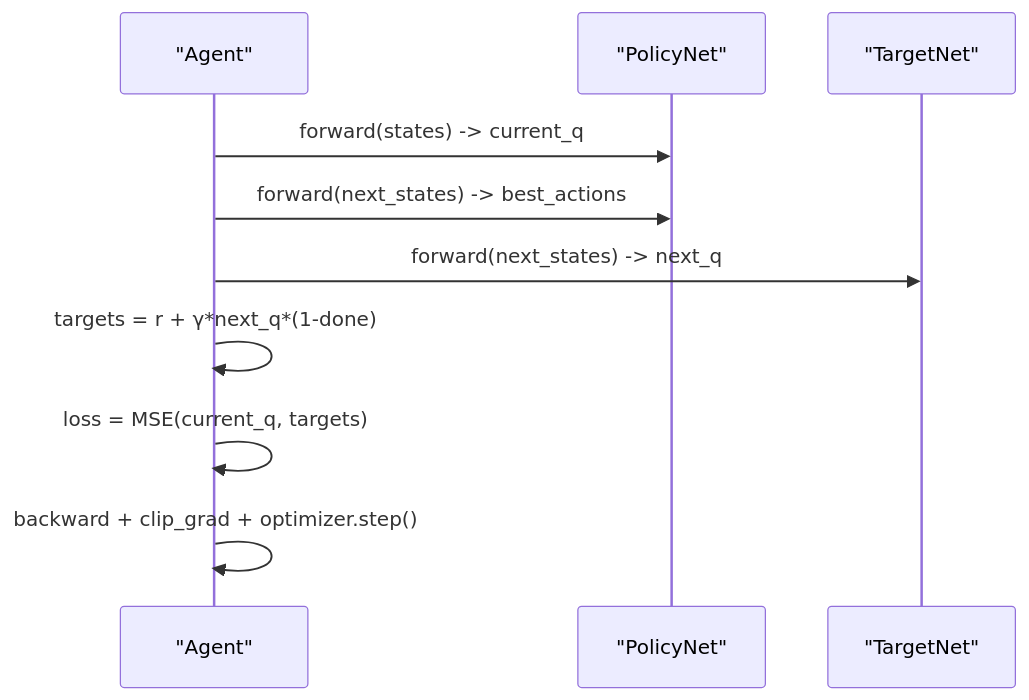
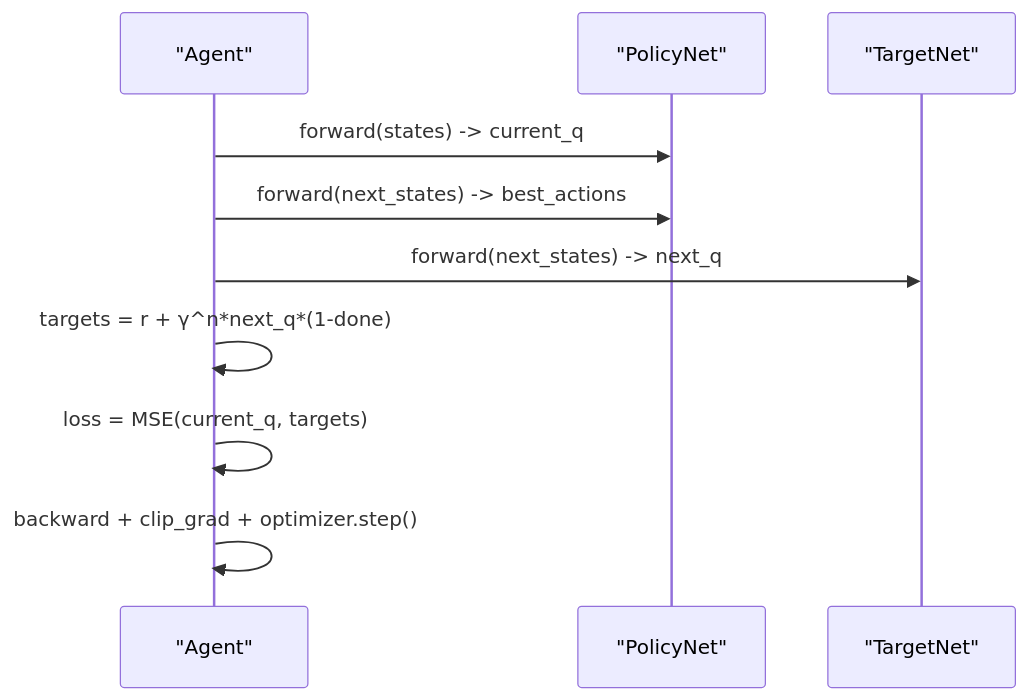
Before and after one commit to fuweiq94-cloud/3399180760000: the seventh of 10 diagrams in .qoder/repowiki/zh/content/D3QN算法实现/智能体逻辑实现.md, drawn with Mermaid. The commit also changed other lines of this file and 75 other files, not shown here.

````diff
--- a/.qoder/repowiki/zh/content/D3QN算法实现/智能体逻辑实现.md
+++ b/.qoder/repowiki/zh/content/D3QN算法实现/智能体逻辑实现.md
@@ -196,12 +253,12 @@
 ```mermaid
 sequenceDiagram
 participant A as "Agent"
 participant P as "PolicyNet"
 participant G as "TargetNet"
 A->>P : forward(states) -> current_q
 A->>P : forward(next_states) -> best_actions
 A->>G : forward(next_states) -> next_q
-A->>A : targets = r + γ*next_q*(1-done)
+A->>A : targets = r + γ^n*next_q*(1-done)
 A->>A : loss = MSE(current_q, targets)
 A->>A : backward + clip_grad + optimizer.step()
 ```
````
